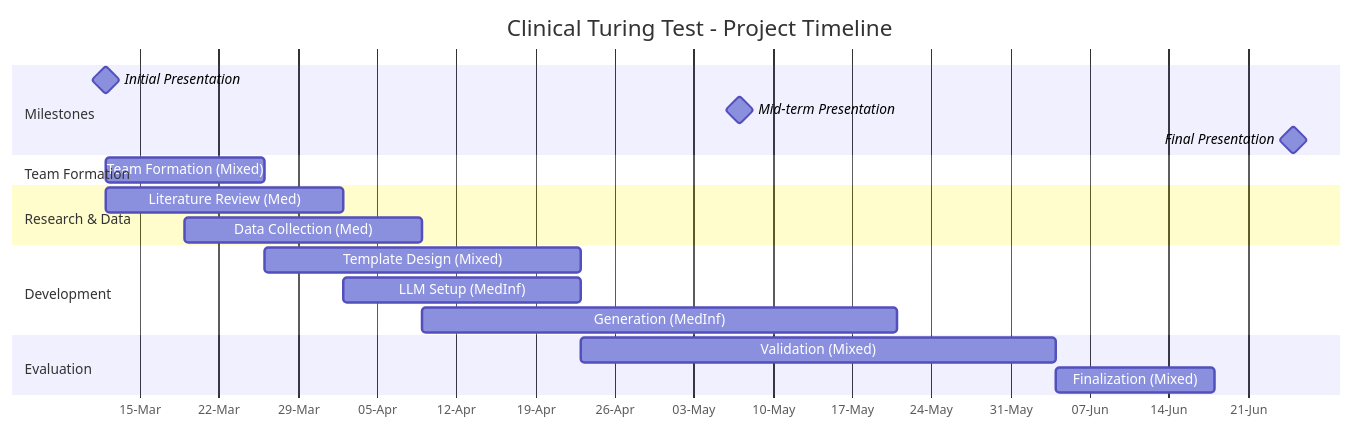
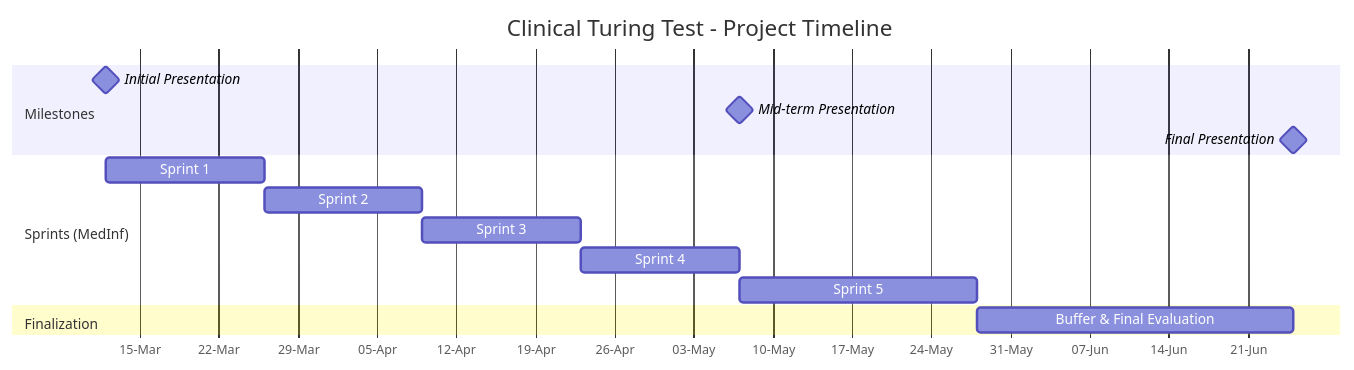
One commit to dieterich-lab/WFT-2026-Clinical-Turing-Test changed the diagram in README.md. Above: the diagram before and after it, drawn with Mermaid. The commit also changed other lines of this file, not shown here.

````diff
--- a/README.md
+++ b/README.md
@@ -37,27 +105,21 @@
 ```mermaid
 gantt
     title Clinical Turing Test - Project Timeline
     dateFormat  YYYY-MM-DD
     axisFormat  %d-%b
 
     section Milestones
     Initial Presentation       :milestone, m1, 2026-03-12, 0d
     Mid-term Presentation      :milestone, m2, 2026-05-07, 0d
     Final Presentation         :milestone, m3, 2026-06-25, 0d
 
-    section Team Formation
-    Team Formation (Mixed)     :2026-03-12, 2w
+    section Sprints (MedInf)
+    Sprint 1: Hello World & Setup      :2026-03-12, 2w
+    Sprint 2: Persona Machine Pipeline :2026-03-26, 2w
+    Sprint 3: Metrics & Questionnaire  :2026-04-09, 2w
+    Sprint 4: Clinical Turing Test     :2026-04-23, 2w
+    Sprint 5: Privacy Leakage Check    :2026-05-07, 3w
 
-    section Research & Data
-    Literature Review (Med)    :2026-03-12, 3w
-    Data Collection (Med)      :2026-03-19, 3w
-
-    section Development
-    Template Design (Mixed)    :2026-03-26, 4w
-    LLM Setup (MedInf)         :2026-04-02, 3w
-    Generation (MedInf)        :2026-04-09, 6w
-
-    section Evaluation
-    Validation (Mixed)         :2026-04-23, 6w
-    Finalization (Mixed)       :2026-06-04, 2w
+    section Finalization
+    Buffer & Final Evaluation          :2026-05-28, 4w
 ```
````
